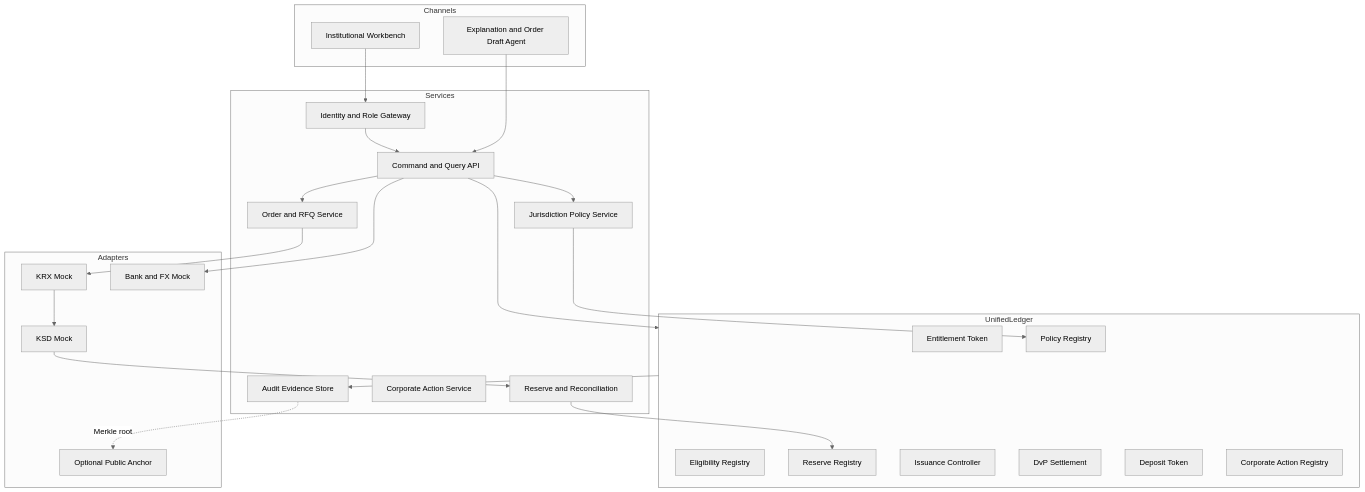
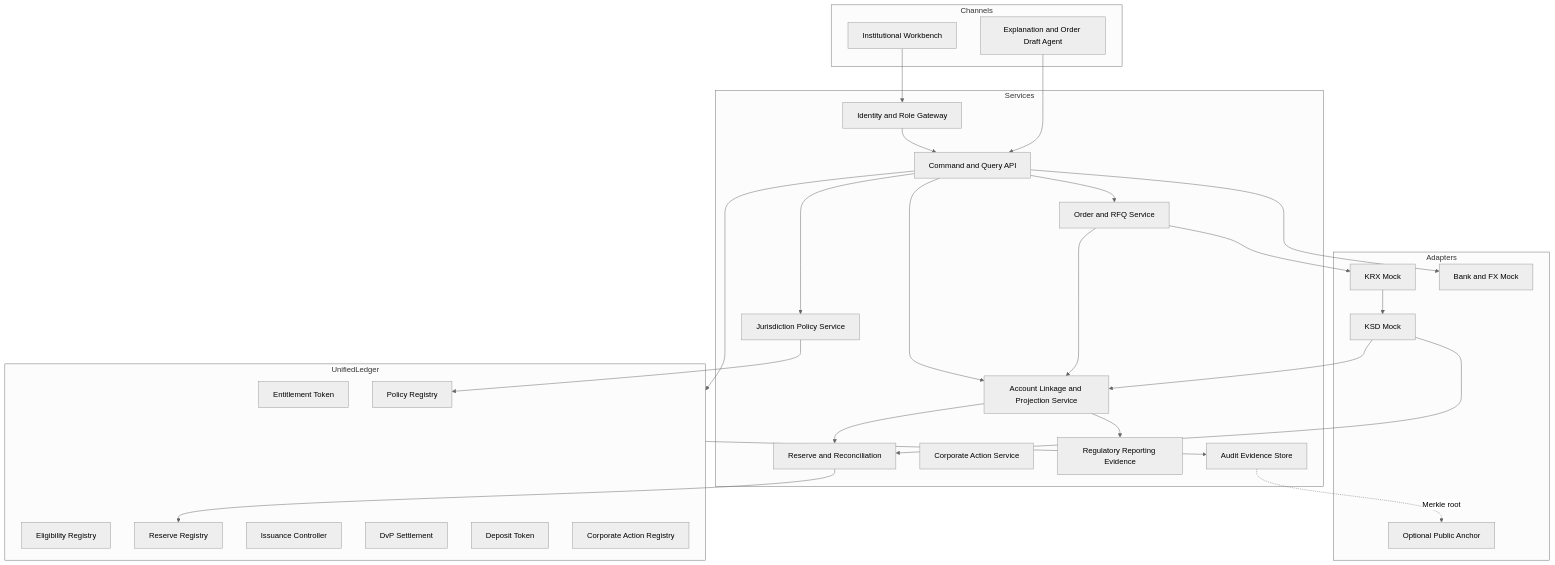
One commit to orakle-kaist/rwa-8th changed the diagram in design/03_architecture_security.md. Above: the diagram before and after it, drawn with Mermaid (neutral theme). The commit also changed other lines of this file and 39 other files, not shown here.

````diff
--- a/design/03_architecture_security.md
+++ b/design/03_architecture_security.md
@@ -5,44 +5,51 @@
 ```mermaid
 flowchart TB
     subgraph Channels
       UI[Institutional Workbench]
       AG[Explanation and Order Draft Agent]
     end
     subgraph Services
       API[Command and Query API]
       IAM[Identity and Role Gateway]
       POL[Jurisdiction Policy Service]
       ORD[Order and RFQ Service]
+      MAP[Account Linkage and Projection Service]
       REC[Reserve and Reconciliation]
       CA[Corporate Action Service]
+      REP[Regulatory Reporting Evidence]
       AUD[Audit Evidence Store]
     end
     subgraph Adapters
       KRXA[KRX Mock]
       KSDA[KSD Mock]
       BNKA[Bank and FX Mock]
       ANCH[Optional Public Anchor]
     end
     subgraph UnifiedLedger
       ET[Entitlement Token]
       ER[Eligibility Registry]
       PR[Policy Registry]
       RR[Reserve Registry]
       IC[Issuance Controller]
       DS[DvP Settlement]
       DT[Deposit Token]
       CR[Corporate Action Registry]
     end
     UI --> IAM --> API
     AG --> API
     API --> POL
     API --> ORD
+    API --> MAP
     ORD --> KRXA --> KSDA
     API --> BNKA
     KSDA --> REC
+    ORD --> MAP
+    KSDA --> MAP
+    MAP --> REC
+    MAP --> REP
     POL --> PR
     REC --> RR
     API --> UnifiedLedger
     UnifiedLedger --> AUD
     AUD -. Merkle root .-> ANCH
 ```
````
